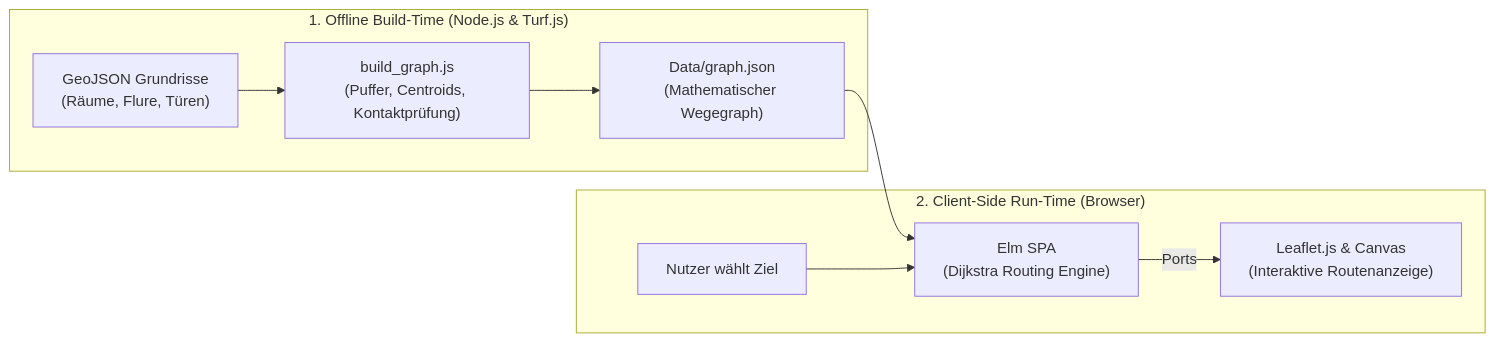
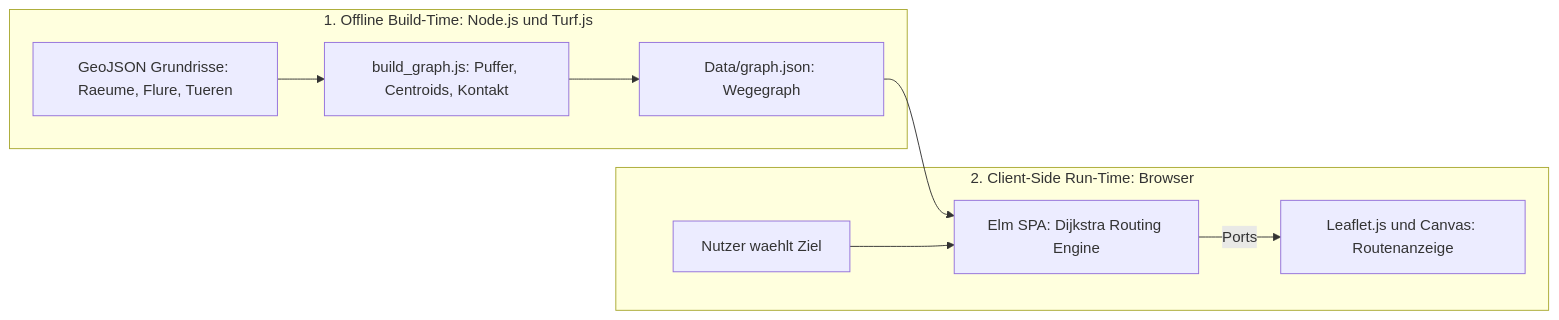
One commit to Der-Mehlmann/KrokenKompass changed the diagram in docs/Home.md. Above: the diagram before and after it, drawn with Mermaid. The commit also changed 2 other files, not shown here.

Commit message:
docs: fix mermaid diagram syntax for github renderer

````diff
--- a/docs/Home.md
+++ b/docs/Home.md
@@ -28,13 +28,13 @@
 ```mermaid
 flowchart LR
-    subgraph BuildTime ["1. Offline Build-Time (Node.js & Turf.js)"]
-        GeoJSON["GeoJSON Grundrisse<br/>(Räume, Flure, Türen)"] --> BuildGraph["build_graph.js<br/>(Puffer, Centroids, Kontaktprüfung)"]
-        BuildGraph --> GraphJSON["Data/graph.json<br/>(Mathematischer Wegegraph)"]
+    subgraph BuildTime ["1. Offline Build-Time: Node.js und Turf.js"]
+        GeoJSON["GeoJSON Grundrisse: Raeume, Flure, Tueren"] --> BuildGraph["build_graph.js: Puffer, Centroids, Kontakt"]
+        BuildGraph --> GraphJSON["Data/graph.json: Wegegraph"]
     end
 
-    subgraph RunTime ["2. Client-Side Run-Time (Browser)"]
-        GraphJSON --> ElmApp["Elm SPA<br/>(Dijkstra Routing Engine)"]
-        User["Nutzer wählt Ziel"] --> ElmApp
-        ElmApp -->|Ports| Leaflet["Leaflet.js & Canvas<br/>(Interaktive Routenanzeige)"]
+    subgraph RunTime ["2. Client-Side Run-Time: Browser"]
+        GraphJSON --> ElmApp["Elm SPA: Dijkstra Routing Engine"]
+        User["Nutzer waehlt Ziel"] --> ElmApp
+        ElmApp -->|Ports| Leaflet["Leaflet.js und Canvas: Routenanzeige"]
     end
 ```
````
